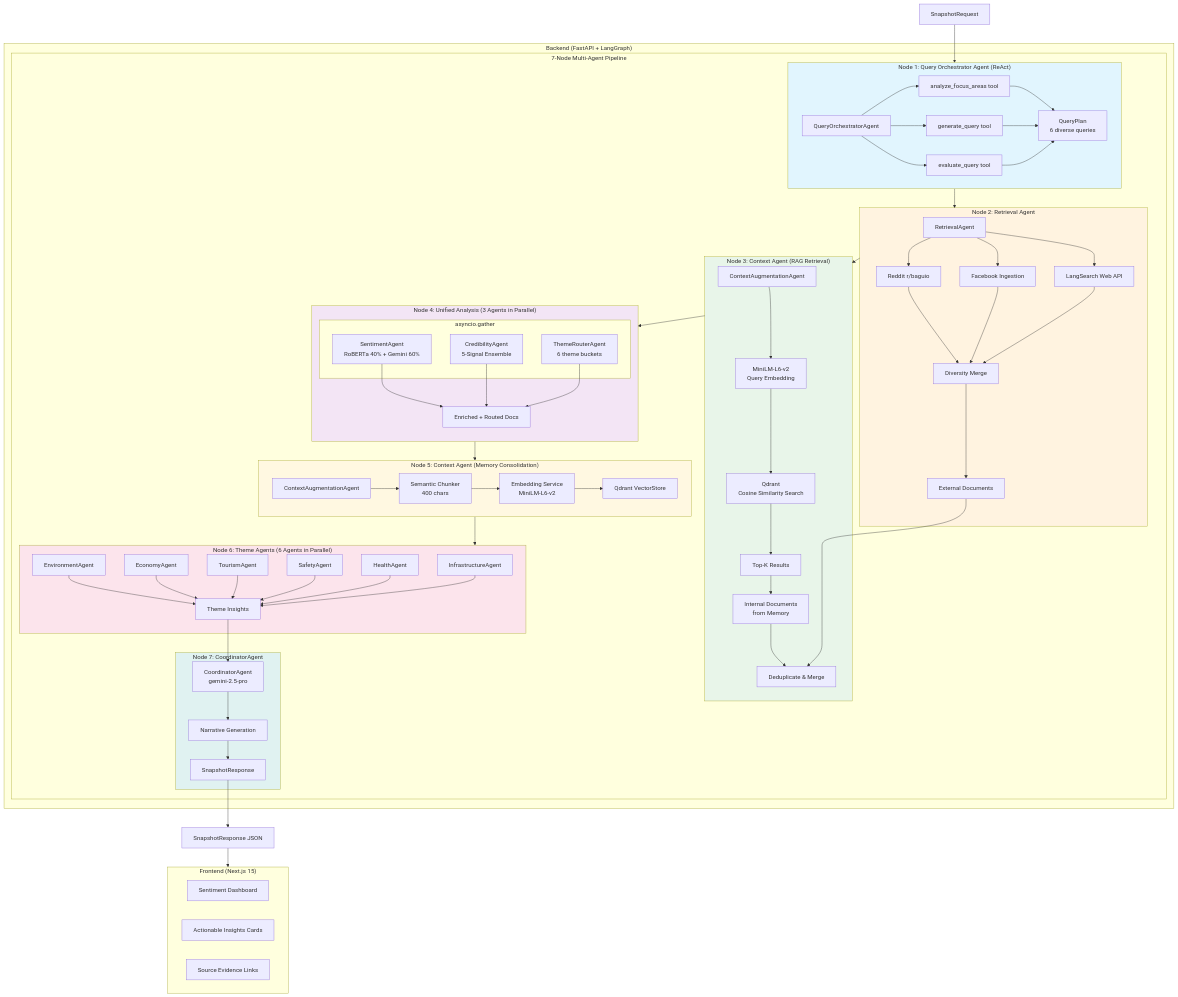
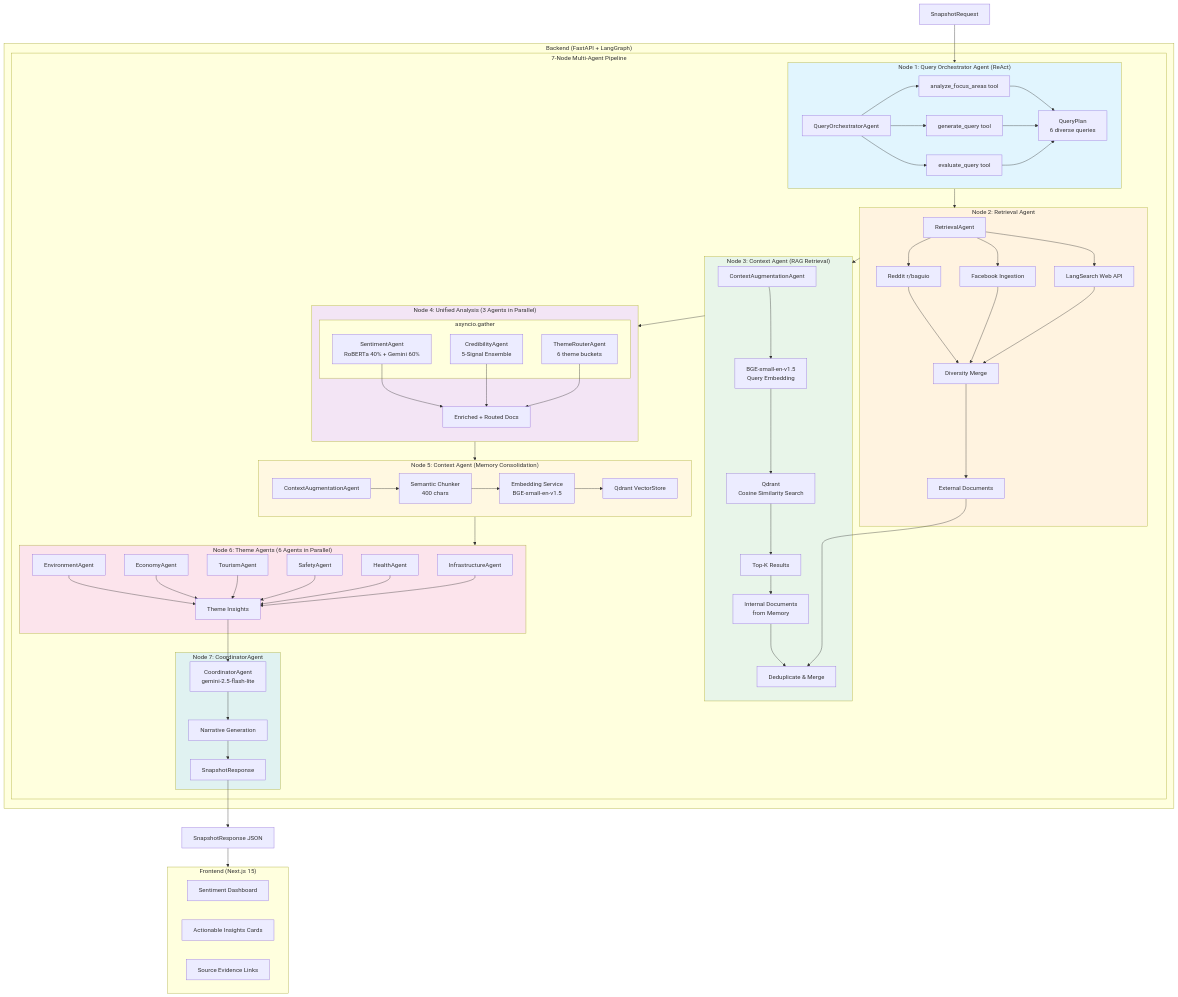
One commit to donyelqt/Hinaing changed the first of 3 diagrams in docs/ARCHITECTURE.md. Above: the diagram before and after it, drawn with Mermaid. The commit also changed other lines of this file and 34 other files, not shown here.

```diff
--- a/docs/ARCHITECTURE.md
+++ b/docs/ARCHITECTURE.md
@@ -112,7 +112,7 @@
 
             subgraph Node3["Node 3: Context Agent (RAG Retrieval)"]
                 CTX[ContextAugmentationAgent]
-                EM1[MiniLM-L6-v2<br/>Query Embedding]
+                EM1[BGE-small-en-v1.5<br/>Query Embedding]
                 VS1[Qdrant<br/>Cosine Similarity Search]
                 TopK[Top-K Results]
                 CTX --> EM1 --> VS1 --> TopK
@@ -136,7 +136,7 @@
             subgraph Node5["Node 5: Context Agent (Memory Consolidation)"]
                 CTX2[ContextAugmentationAgent]
                 SC[Semantic Chunker<br/>400 chars]
-                ES[Embedding Service<br/>MiniLM-L6-v2]
+                ES[Embedding Service<br/>BGE-small-en-v1.5]
                 VS2[Qdrant VectorStore]
                 CTX2 --> SC --> ES --> VS2
             end
@@ -153,7 +153,7 @@
             end
 
             subgraph Node7["Node 7: CoordinatorAgent"]
-                GC[CoordinatorAgent<br/>gemini-2.5-pro]
+                GC[CoordinatorAgent<br/>gemini-2.5-flash-lite]
                 NR[Narrative Generation]
                 GC --> NR
                 SR[SnapshotResponse]
```
